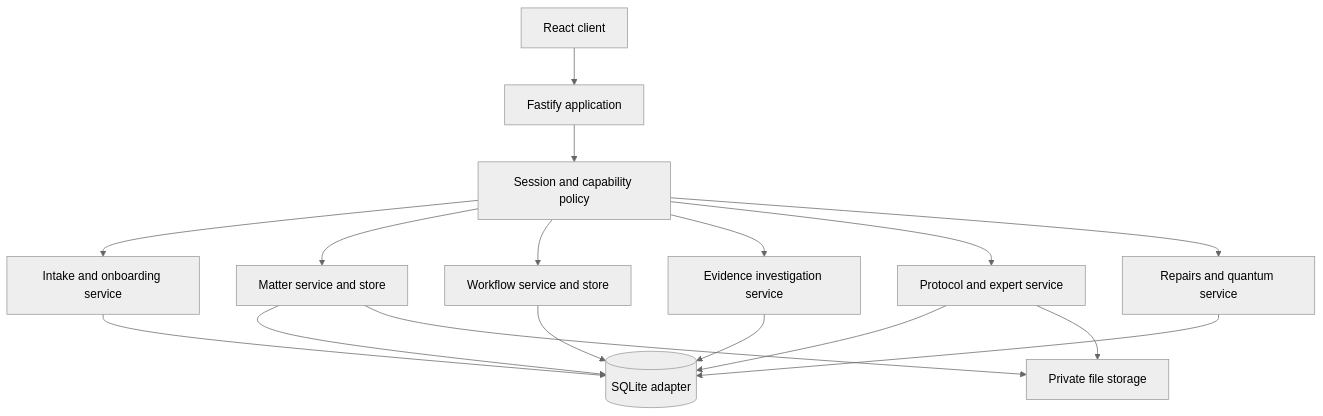
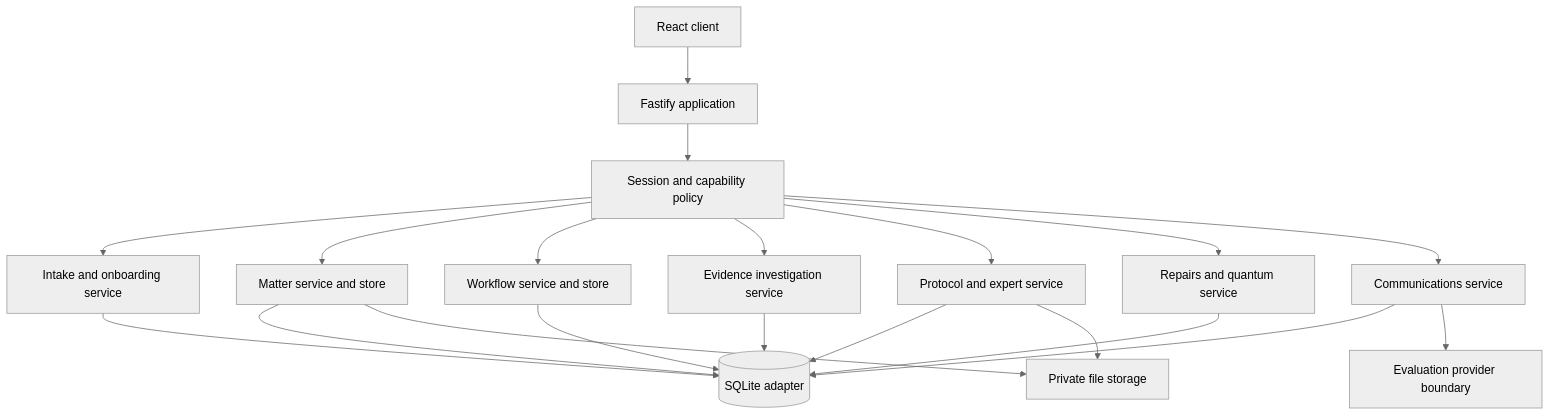
The diagram in README.md (Ments123/SwiftClaim), drawn with Mermaid (neutral theme) before and after one commit. The commit also changed other lines of this file and 36 other files, not shown here.

````diff
--- a/README.md
+++ b/README.md
@@ -184,19 +201,22 @@
 ```mermaid
 flowchart TD
   Browser[React client] --> API[Fastify application]
   API --> Policy[Session and capability policy]
   Policy --> Intake["Intake and onboarding service"]
   Policy --> Matter["Matter service and store"]
   Policy --> Workflow["Workflow service and store"]
   Policy --> Evidence["Evidence investigation service"]
   Policy --> Protocol["Protocol and expert service"]
   Policy --> Quantum["Repairs and quantum service"]
+  Policy --> Communications["Communications service"]
   Intake --> DB[(SQLite adapter)]
   Matter --> DB[(SQLite adapter)]
   Workflow --> DB
   Evidence --> DB
   Protocol --> DB
   Quantum --> DB
+  Communications --> DB
+  Communications --> Provider["Evaluation provider boundary"]
   Protocol --> Files
   Matter --> Files[Private file storage]
 ```
````
